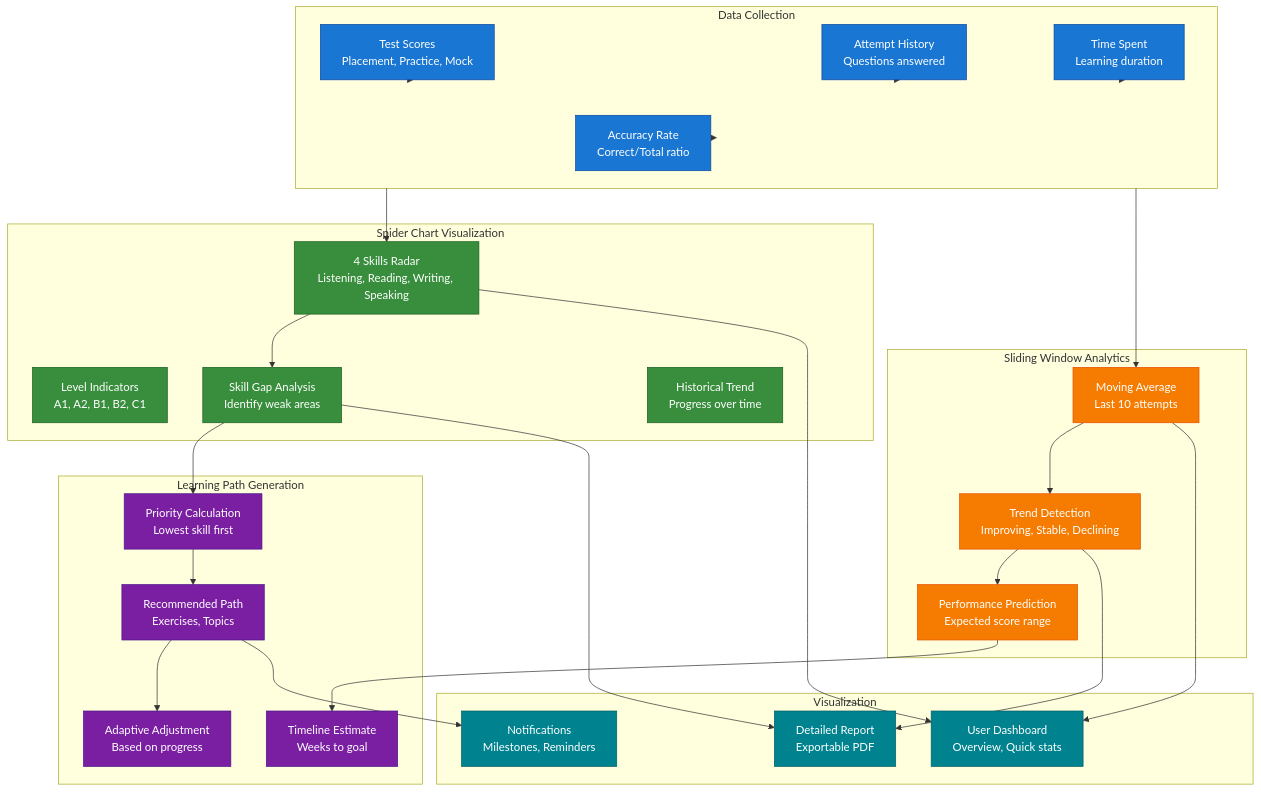
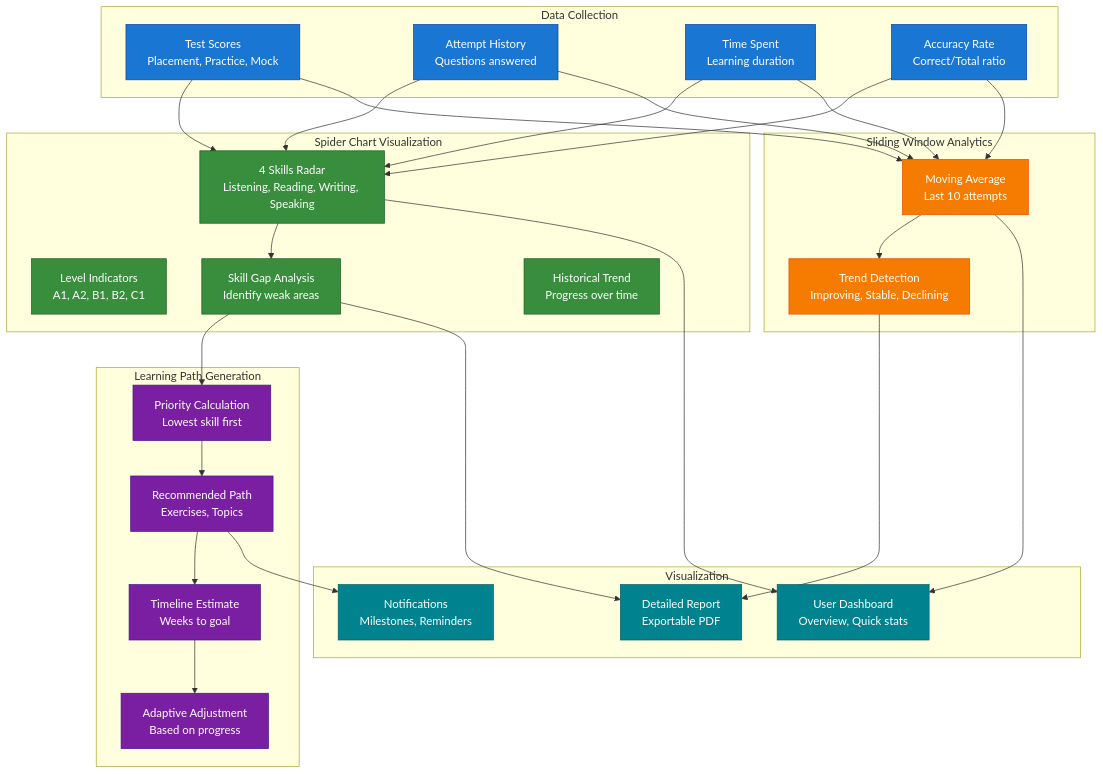
Before and after one commit to nghyane/VSTEP: the seventh of 8 diagrams in docs/capstone/diagrams/flow-diagrams.md, drawn with Mermaid. The commit also changed other lines of this file and 6 other files, not shown here.

````diff
--- a/docs/capstone/diagrams/flow-diagrams.md
+++ b/docs/capstone/diagrams/flow-diagrams.md
@@ -409,66 +494,66 @@
 ```mermaid
 flowchart TB
     subgraph DataCollection ["Data Collection"]
         Scores["Test Scores<br/>Placement, Practice, Mock"]
         Attempts["Attempt History<br/>Questions answered"]
         Time["Time Spent<br/>Learning duration"]
         Accuracy["Accuracy Rate<br/>Correct/Total ratio"]
     end
 
     subgraph SpiderChart ["Spider Chart Visualization"]
         Skills["4 Skills Radar<br/>Listening, Reading, Writing, Speaking"]
         Levels["Level Indicators<br/>A1, A2, B1, B2, C1"]
         Gap["Skill Gap Analysis<br/>Identify weak areas"]
         History["Historical Trend<br/>Progress over time"]
     end
 
     subgraph SlidingWindow ["Sliding Window Analytics"]
         Window["Moving Average<br/>Last 10 attempts"]
         Trend["Trend Detection<br/>Improving, Stable, Declining"]
-        Prediction["Performance Prediction<br/>Expected score range"]
     end
 
     subgraph LearningPath ["Learning Path Generation"]
         Priority["Priority Calculation<br/>Lowest skill first"]
         Path["Recommended Path<br/>Exercises, Topics"]
         Timeline["Timeline Estimate<br/>Weeks to goal"]
         Adjust["Adaptive Adjustment<br/>Based on progress"]
     end
 
     subgraph Visualization ["Visualization"]
         Dashboard["User Dashboard<br/>Overview, Quick stats"]
         Report["Detailed Report<br/>Exportable PDF"]
         Notification["Notifications<br/>Milestones, Reminders"]
     end
 
-    Scores --> DataCollection
-    Attempts --> DataCollection
-    Time --> DataCollection
-    Accuracy --> DataCollection
-    DataCollection --> Skills
-    DataCollection --> Window
+    Scores --> Skills
+    Scores --> Window
+    Attempts --> Skills
+    Attempts --> Window
+    Time --> Skills
+    Time --> Window
+    Accuracy --> Skills
+    Accuracy --> Window
     Skills --> Gap
     Gap --> Priority
     Window --> Trend
-    Trend --> Prediction
     Priority --> Path
-    Prediction --> Timeline
-    Path --> Adjust
+    Path --> Timeline
+    Timeline --> Adjust
     Skills --> Dashboard
     Window --> Dashboard
     Gap --> Report
     Trend --> Report
     Path --> Notification
 
     classDef data fill:#1976d2,stroke:#0d47a1,color:#fff
     classDef spider fill:#388e3c,stroke:#1b5e20,color:#fff
     classDef sliding fill:#f57c00,stroke:#e65100,color:#fff
     classDef path fill:#7b1fa2,stroke:#4a148c,color:#fff
     classDef viz fill:#00838f,stroke:#006064,color:#fff
 
     class Scores,Attempts,Time,Accuracy data
     class Skills,Levels,Gap,History spider
-    class Window,Trend,Prediction sliding
+    class Window,Trend sliding
     class Priority,Path,Timeline,Adjust path
     class Dashboard,Report,Notification viz
 ```
````
